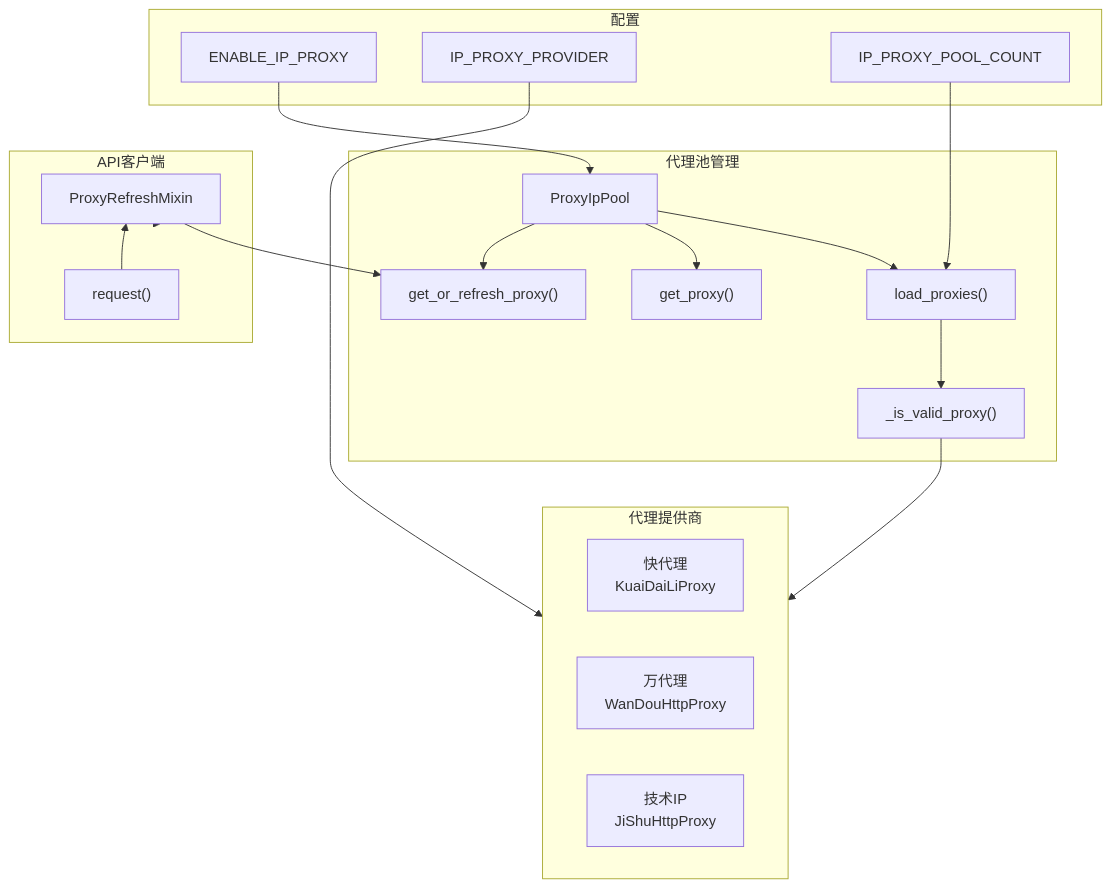
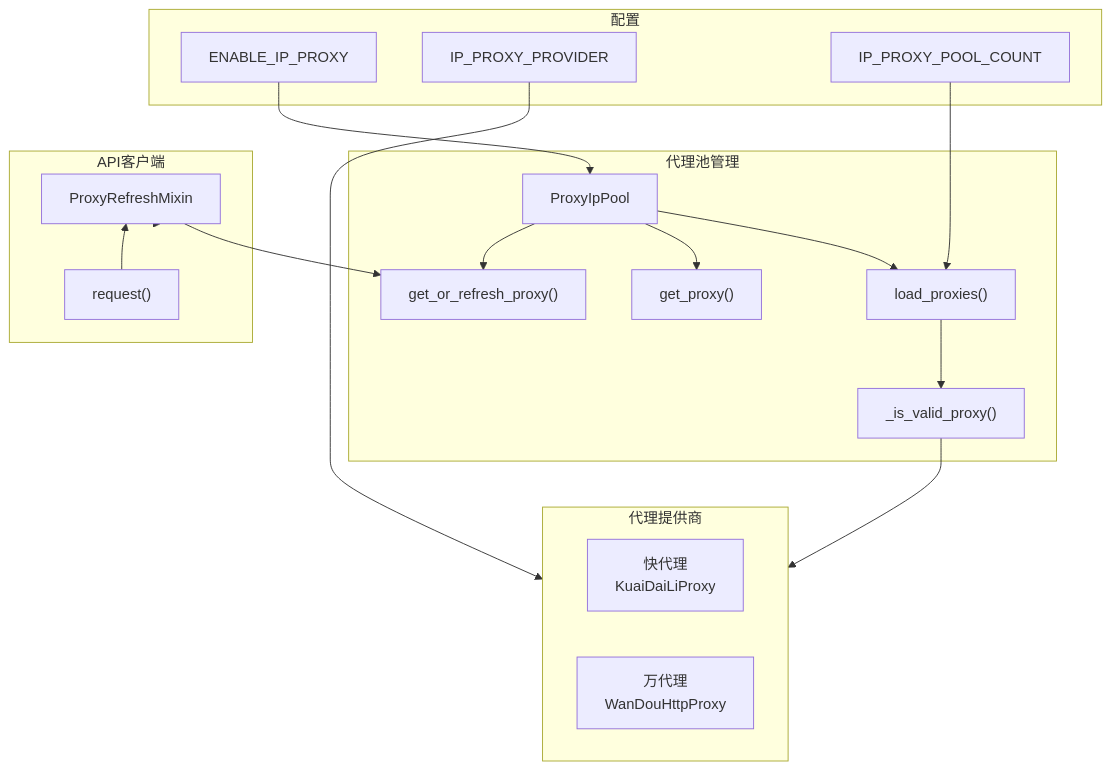
The sixth of 12 diagrams in docs/项目架构文档.md (KellenGO/MediaCrawler), drawn with Mermaid before and after one commit. The commit also changed 167 other files, not shown here.

````diff
--- a/docs/项目架构文档.md
+++ b/docs/项目架构文档.md
@@ -456,39 +456,38 @@
 ```mermaid
 flowchart TB
     subgraph Config["配置"]
         enable["ENABLE_IP_PROXY"]
         provider["IP_PROXY_PROVIDER"]
         count["IP_PROXY_POOL_COUNT"]
     end
 
     subgraph Pool["代理池管理"]
         pool["ProxyIpPool"]
         load["load_proxies()"]
         validate["_is_valid_proxy()"]
         get["get_proxy()"]
         refresh["get_or_refresh_proxy()"]
     end
 
     subgraph Providers["代理提供商"]
         kuaidl["快代理<br/>KuaiDaiLiProxy"]
         wandou["万代理<br/>WanDouHttpProxy"]
-        jishu["技术IP<br/>JiShuHttpProxy"]
     end
 
     subgraph Client["API客户端"]
         mixin["ProxyRefreshMixin"]
         request["request()"]
     end
 
     enable --> pool
     provider --> Providers
     count --> load
     pool --> load
     load --> validate
     validate --> Providers
     pool --> get
     pool --> refresh
     mixin --> refresh
     mixin --> Client
     request --> mixin
 ```
````
